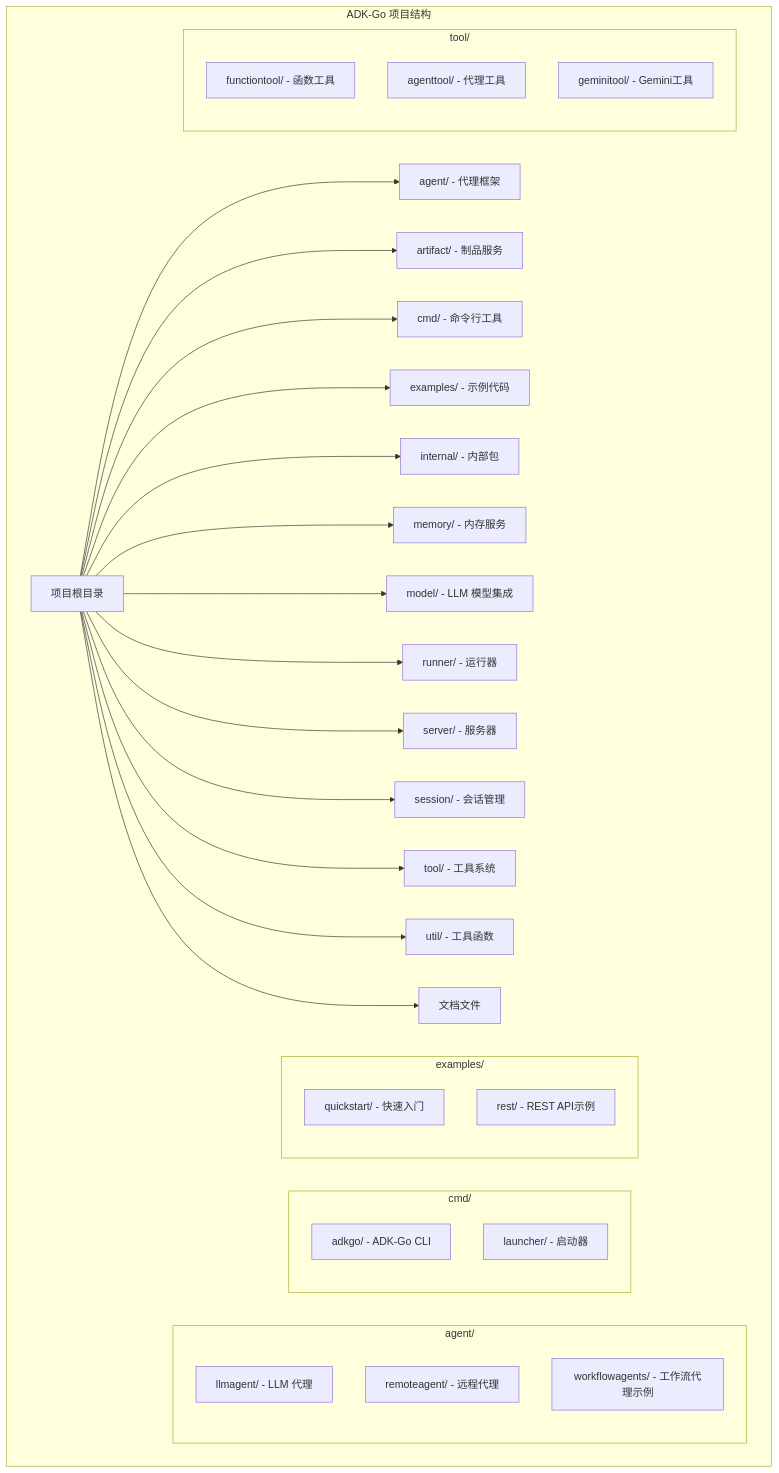
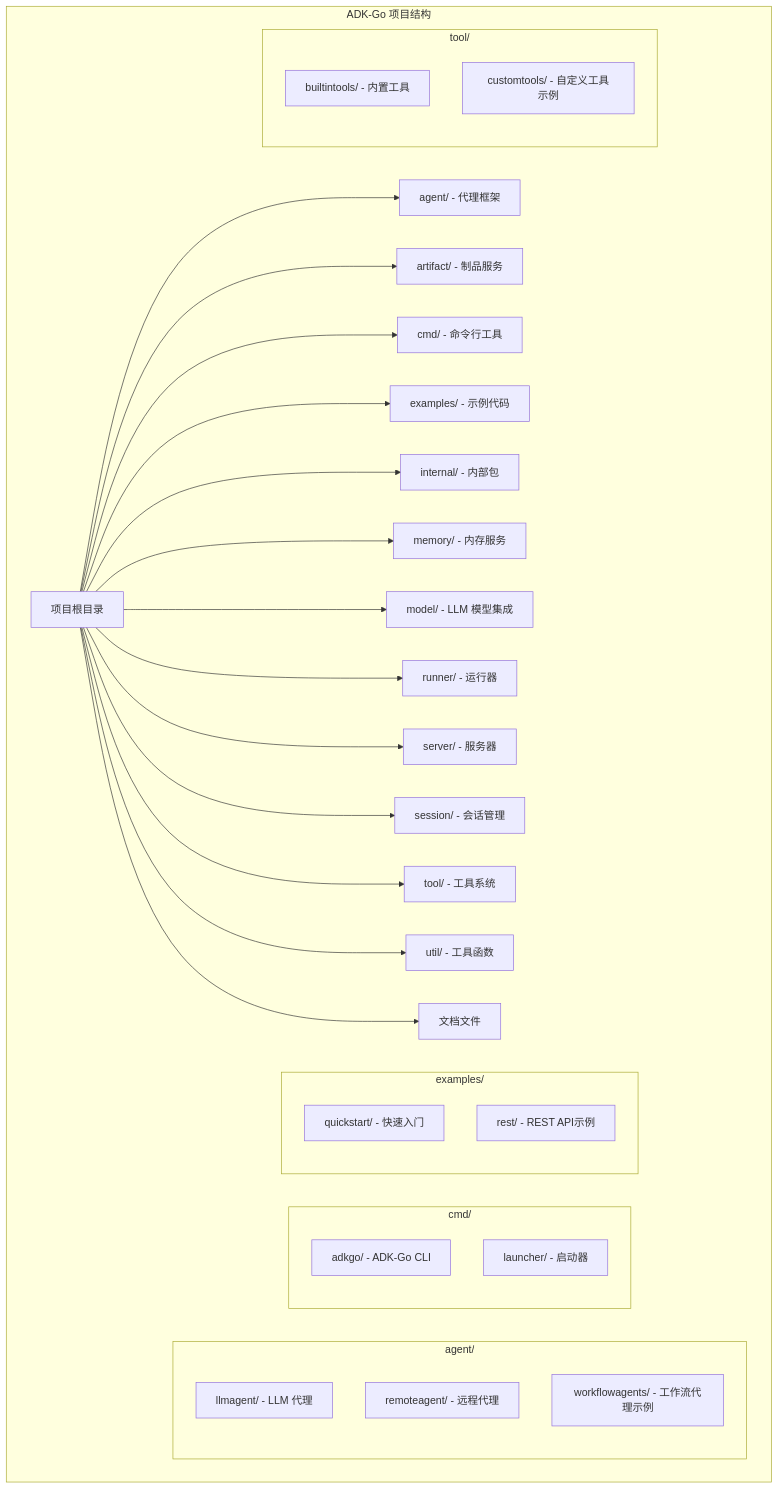
The first of 2 diagrams in ADK-Go入门指南.md (sjzsdu/adk-go), drawn with Mermaid before and after one commit. The commit also changed other lines of this file and 6 other files, not shown here.

````diff
--- a/ADK-Go入门指南.md
+++ b/ADK-Go入门指南.md
@@ -207,56 +181,55 @@
 ```mermaid
 graph TD
     subgraph "ADK-Go 项目结构"
         root[项目根目录]
         agent[agent/ - 代理框架]
         artifact[artifact/ - 制品服务]
         cmd[cmd/ - 命令行工具]
         examples[examples/ - 示例代码]
         internal[internal/ - 内部包]
         memory[memory/ - 内存服务]
         model[model/ - LLM 模型集成]
         runner[runner/ - 运行器]
         server[server/ - 服务器]
         session[session/ - 会话管理]
         tool[tool/ - 工具系统]
         util[util/ - 工具函数]
         docs[文档文件]
         
         root --> agent
         root --> artifact
         root --> cmd
         root --> examples
         root --> internal
         root --> memory
         root --> model
         root --> runner
         root --> server
         root --> session
         root --> tool
         root --> util
         root --> docs
         
         subgraph "agent/"
             llmagent[llmagent/ - LLM 代理]
             remoteagent[remoteagent/ - 远程代理]
             workflowagents[workflowagents/ - 工作流代理]
         end
         
         subgraph "cmd/"
             adkgo[adkgo/ - ADK-Go CLI]
             launcher[launcher/ - 启动器]
         end
         
         subgraph "examples/"
             quickstart[quickstart/ - 快速入门]
             rest[rest/ - REST API示例]
             workflowagents[workflowagents/ - 工作流代理示例]
         end
         
         subgraph "tool/"
-            functiontool[functiontool/ - 函数工具]
-            agenttool[agenttool/ - 代理工具]
-            geminitool[geminitool/ - Gemini工具]
+            builtintools[builtintools/ - 内置工具]
+            customtools[customtools/ - 自定义工具示例]
         end
     end
 ```
````
